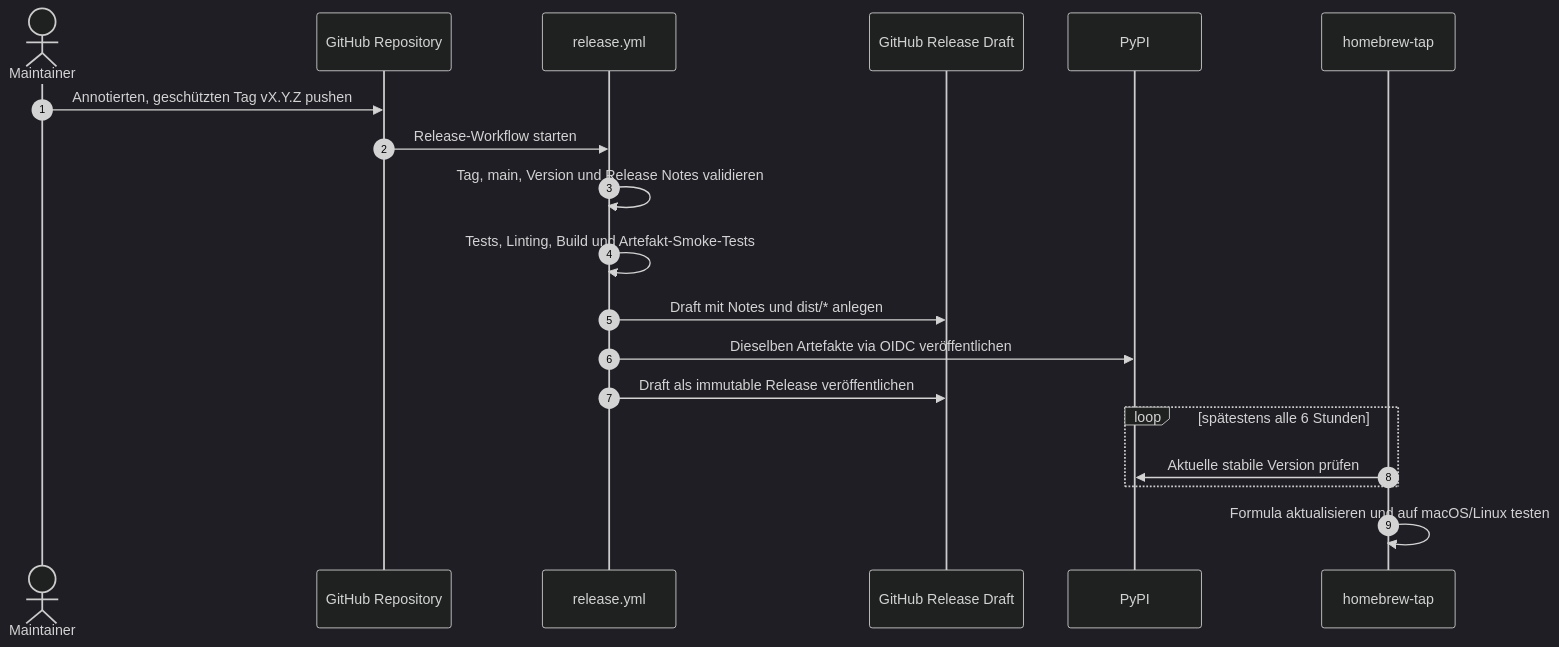
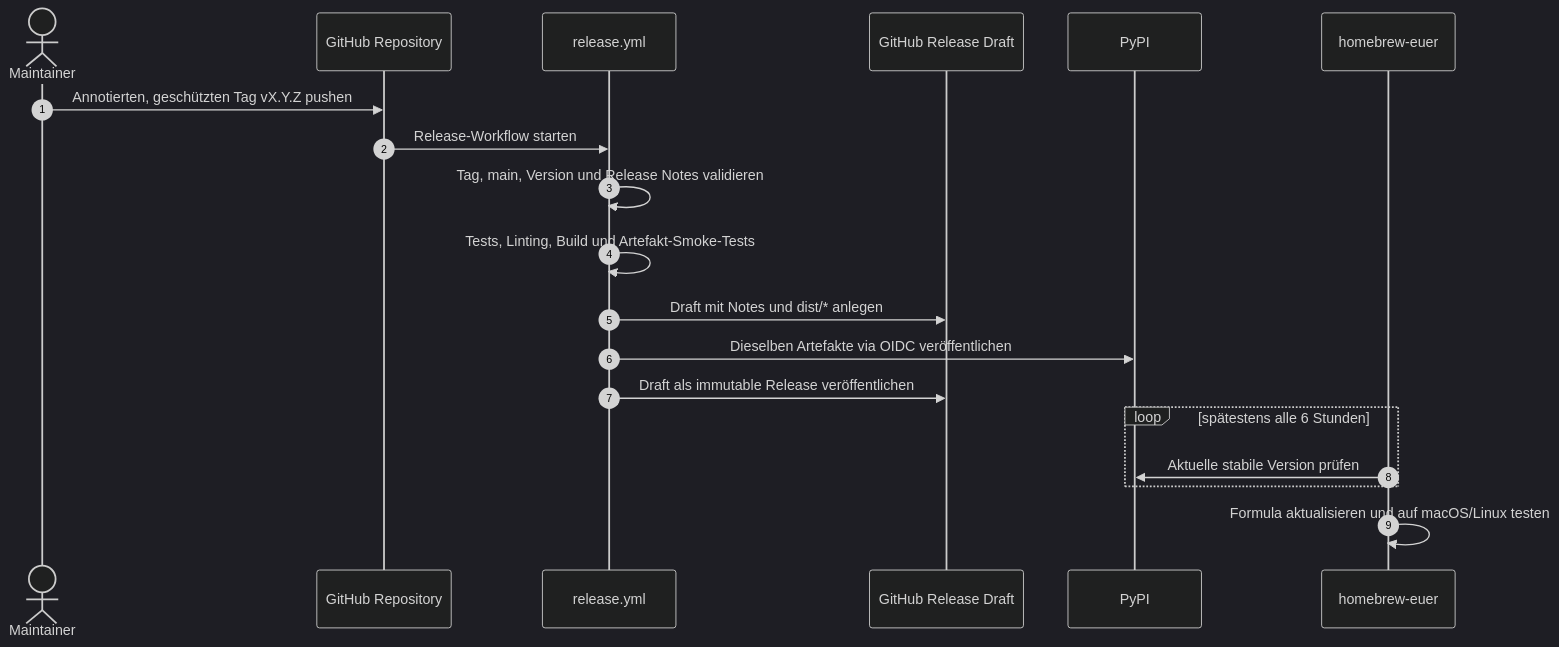
One commit to curiousmarkus/euer changed the diagram in specs/015-multi-channel-distribution.md. Above: the diagram before and after it, drawn with Mermaid (dark theme). The commit also changed other lines of this file and 6 other files, not shown here.

Commit message:
fix: align homebrew tap naming and installation

````diff
--- a/specs/015-multi-channel-distribution.md
+++ b/specs/015-multi-channel-distribution.md
@@ -208,22 +208,22 @@
 ```mermaid
 sequenceDiagram
     autonumber
     actor Dev as Maintainer
     participant Git as GitHub Repository
     participant GHA as release.yml
     participant GHRel as GitHub Release Draft
     participant PyPI as PyPI
-    participant Tap as homebrew-tap
+    participant Tap as homebrew-euer
 
     Dev->>Git: Annotierten, geschützten Tag vX.Y.Z pushen
     Git->>GHA: Release-Workflow starten
     GHA->>GHA: Tag, main, Version und Release Notes validieren
     GHA->>GHA: Tests, Linting, Build und Artefakt-Smoke-Tests
     GHA->>GHRel: Draft mit Notes und dist/* anlegen
     GHA->>PyPI: Dieselben Artefakte via OIDC veröffentlichen
     GHA->>GHRel: Draft als immutable Release veröffentlichen
     loop spätestens alle 6 Stunden
         Tap->>PyPI: Aktuelle stabile Version prüfen
     end
     Tap->>Tap: Formula aktualisieren und auf macOS/Linux testen
 ```
````
